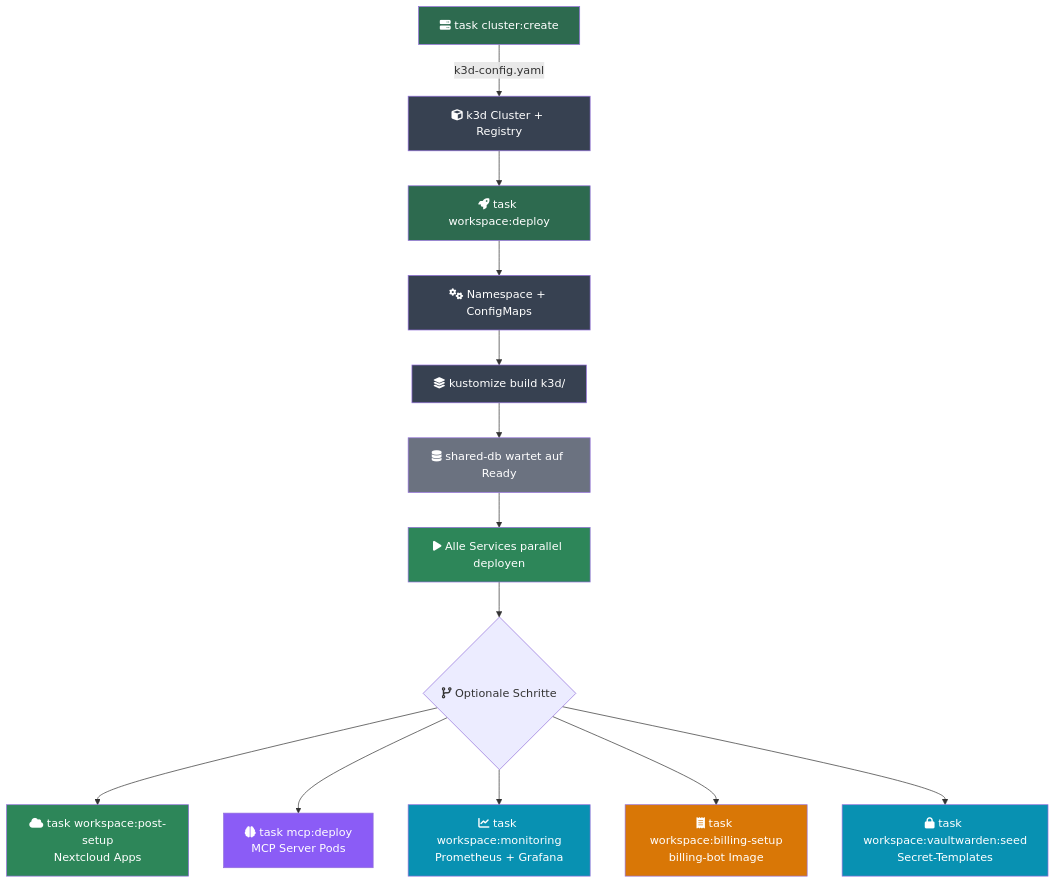
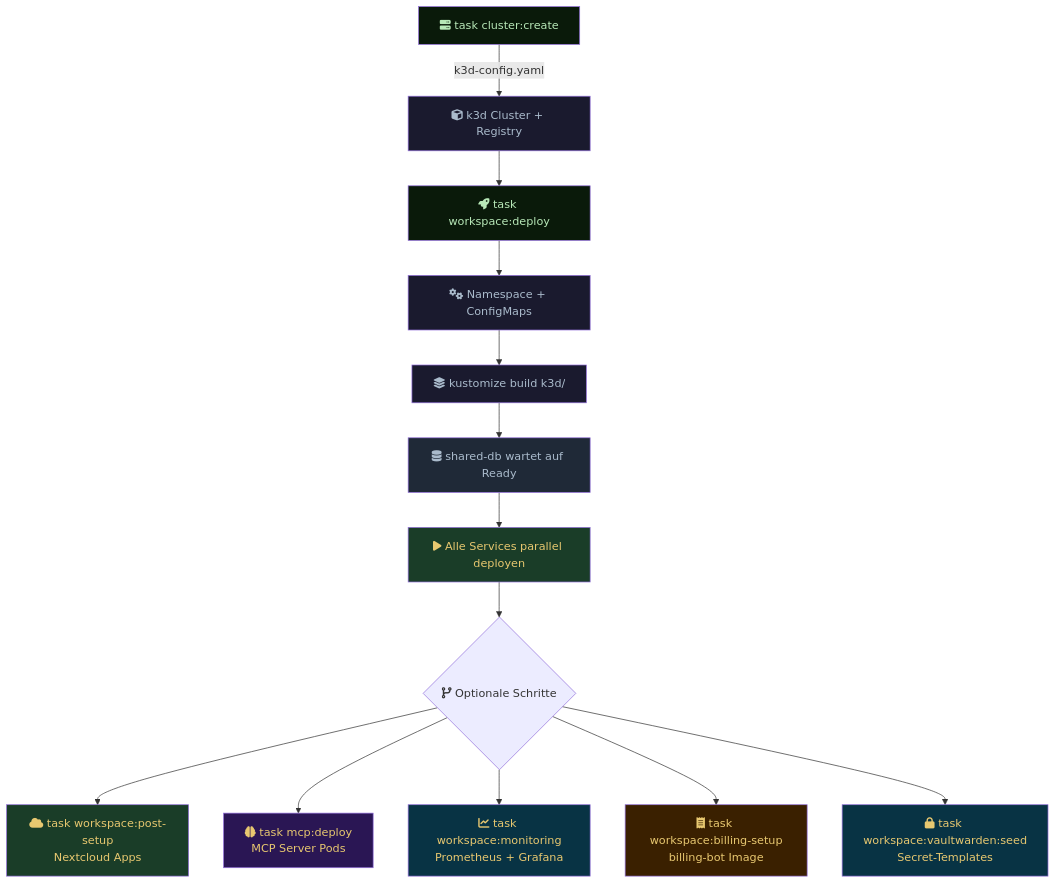
The ninth of 10 diagrams in k3d/docs-content/architecture.md (Paddione/Bachelorprojekt), drawn with Mermaid before and after one commit. The commit also changed other lines of this file and 6 other files, not shown here.

First line of the commit message:
docs: retheme all Mermaid diagrams to mentolder dark+gold palette

````diff
--- a/k3d/docs-content/architecture.md
+++ b/k3d/docs-content/architecture.md
@@ -648,29 +648,29 @@
 ```mermaid
 flowchart TD
     A["fa:fa-server task cluster:create"] -->|k3d-config.yaml| B["fa:fa-cube k3d Cluster + Registry"]
     B --> C["fa:fa-rocket task workspace:deploy"]
     C --> D["fa:fa-cogs Namespace + ConfigMaps"]
     D --> E["fa:fa-layer-group kustomize build k3d/"]
     E --> F["fa:fa-database shared-db wartet auf Ready"]
     F --> G["fa:fa-play Alle Services parallel deployen"]
     G --> H{"fa:fa-code-branch Optionale Schritte"}
 
     H --> I["fa:fa-cloud task workspace:post-setup<br/>Nextcloud Apps"]
     H --> J["fa:fa-brain task mcp:deploy<br/>MCP Server Pods"]
     H --> K["fa:fa-chart-line task workspace:monitoring<br/>Prometheus + Grafana"]
     H --> L["fa:fa-receipt task workspace:billing-setup<br/>billing-bot Image"]
     H --> M["fa:fa-lock task workspace:vaultwarden:seed<br/>Secret-Templates"]
 
-    style A fill:#2d6a4f,color:#fff
-    style B fill:#374151,color:#fff
-    style C fill:#2d6a4f,color:#fff
-    style D fill:#374151,color:#fff
-    style E fill:#374151,color:#fff
-    style F fill:#6b7280,color:#fff
-    style G fill:#2d8659,color:#fff
-    style I fill:#2d8659,color:#fff
-    style J fill:#8b5cf6,color:#fff
-    style K fill:#0891b2,color:#fff
-    style L fill:#d97706,color:#fff
-    style M fill:#0891b2,color:#fff
+    style A fill:#0a1a0a,color:#b8e8b8
+    style B fill:#1a1a2e,color:#aabbcc
+    style C fill:#0a1a0a,color:#b8e8b8
+    style D fill:#1a1a2e,color:#aabbcc
+    style E fill:#1a1a2e,color:#aabbcc
+    style F fill:#1f2937,color:#aabbcc
+    style G fill:#1a3d28,color:#e8c870
+    style I fill:#1a3d28,color:#e8c870
+    style J fill:#2a1654,color:#e8c870
+    style K fill:#083344,color:#e8c870
+    style L fill:#3a2000,color:#e8c870
+    style M fill:#083344,color:#e8c870
 ```
````
